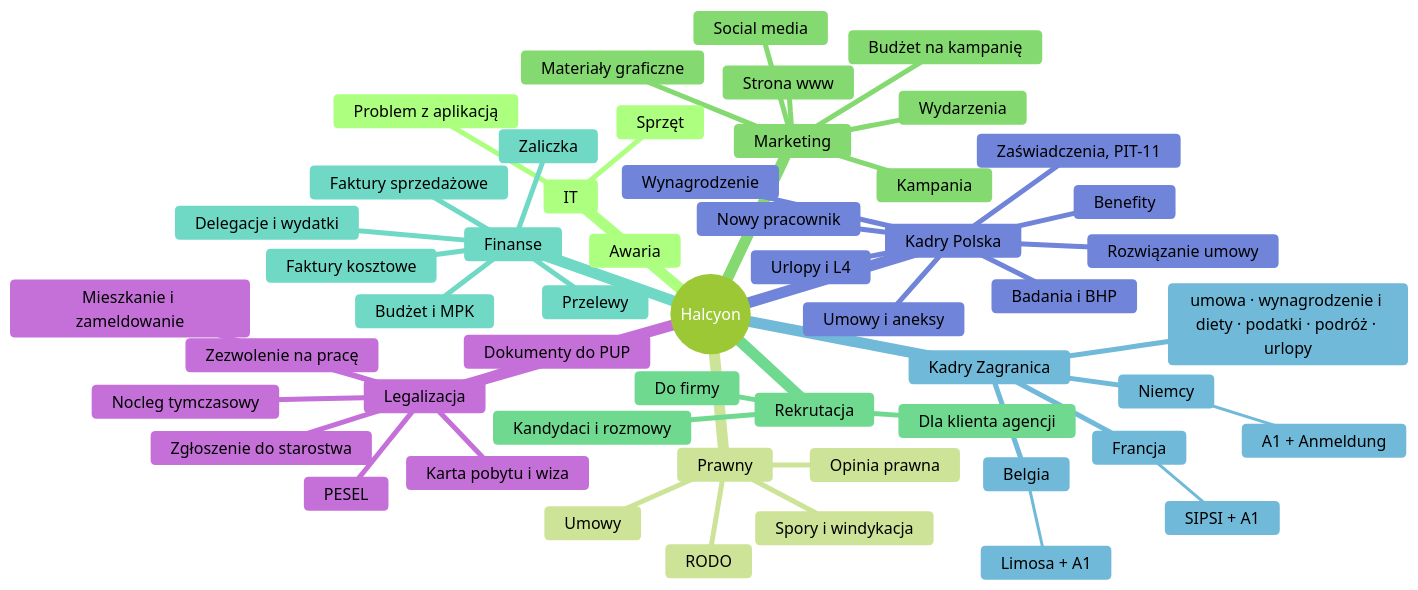
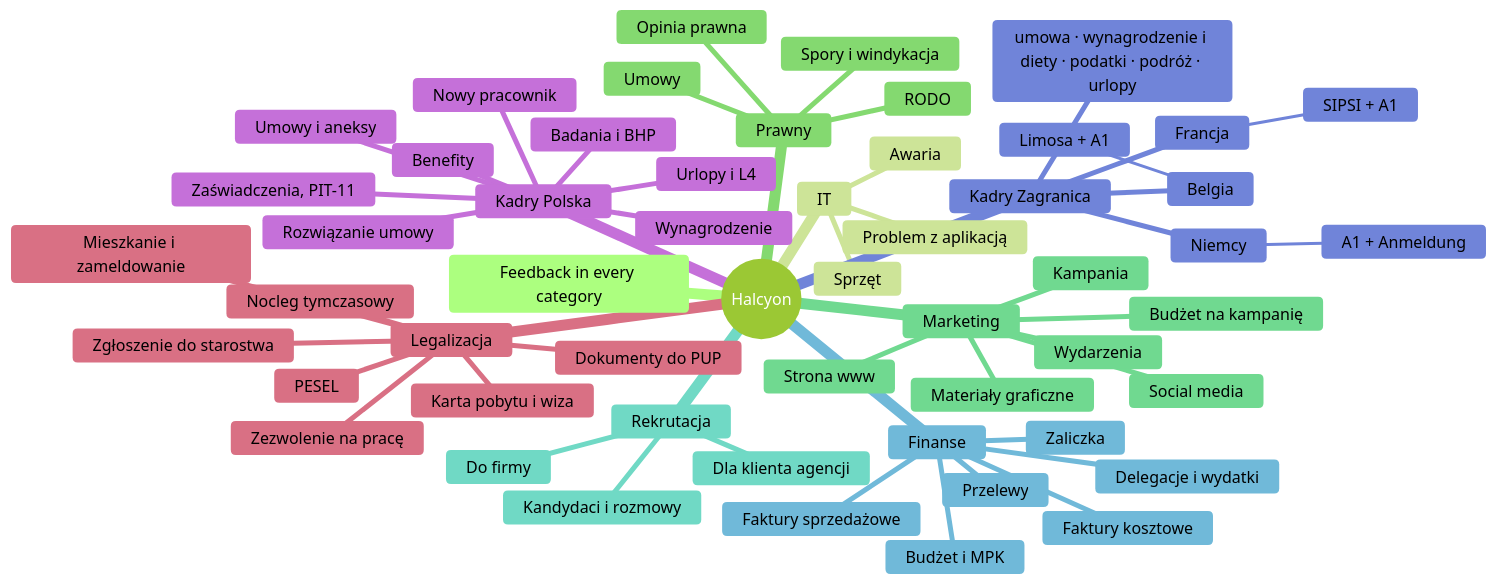
One commit to kldev/marten.task.event.store changed the sixth of 7 diagrams in README.md. Above: the diagram before and after it, drawn with Mermaid (forest theme). The commit also changed other lines of this file and 24 other files, not shown here.

First line of the commit message:
test(e2e): portal tour with screenshots, docs/Portal.md with new diagrams

````diff
--- a/README.md
+++ b/README.md
@@ -234,56 +237,57 @@
 ```mermaid
 mindmap
   root((Halcyon))
+    Feedback in every category
     IT
       Sprzęt
       Awaria
       Problem z aplikacją
     Prawny
       Umowy
       Opinia prawna
       RODO
       Spory i windykacja
     Marketing
       Kampania
       Social media
       Materiały graficzne
       Strona www
       Wydarzenia
       Budżet na kampanię
     Rekrutacja
       Do firmy
       Dla klienta agencji
       Kandydaci i rozmowy
     Finanse
       Faktury kosztowe
       Faktury sprzedażowe
       Delegacje i wydatki
       Zaliczka
       Przelewy
       Budżet i MPK
     Kadry Zagranica
       Belgia
         Limosa + A1
       Niemcy
         A1 + Anmeldung
       Francja
         SIPSI + A1
       umowa · wynagrodzenie i diety · podatki · podróż · urlopy
     Kadry Polska
       Umowy i aneksy
       Wynagrodzenie
       Urlopy i L4
       Zaświadczenia, PIT-11
       Badania i BHP
       Benefity
       Rozwiązanie umowy
       Nowy pracownik
     Legalizacja
       PESEL
       Nocleg tymczasowy
       Mieszkanie i zameldowanie
       Dokumenty do PUP
       Zgłoszenie do starostwa
       Zezwolenie na pracę
       Karta pobytu i wiza
 ```
````
